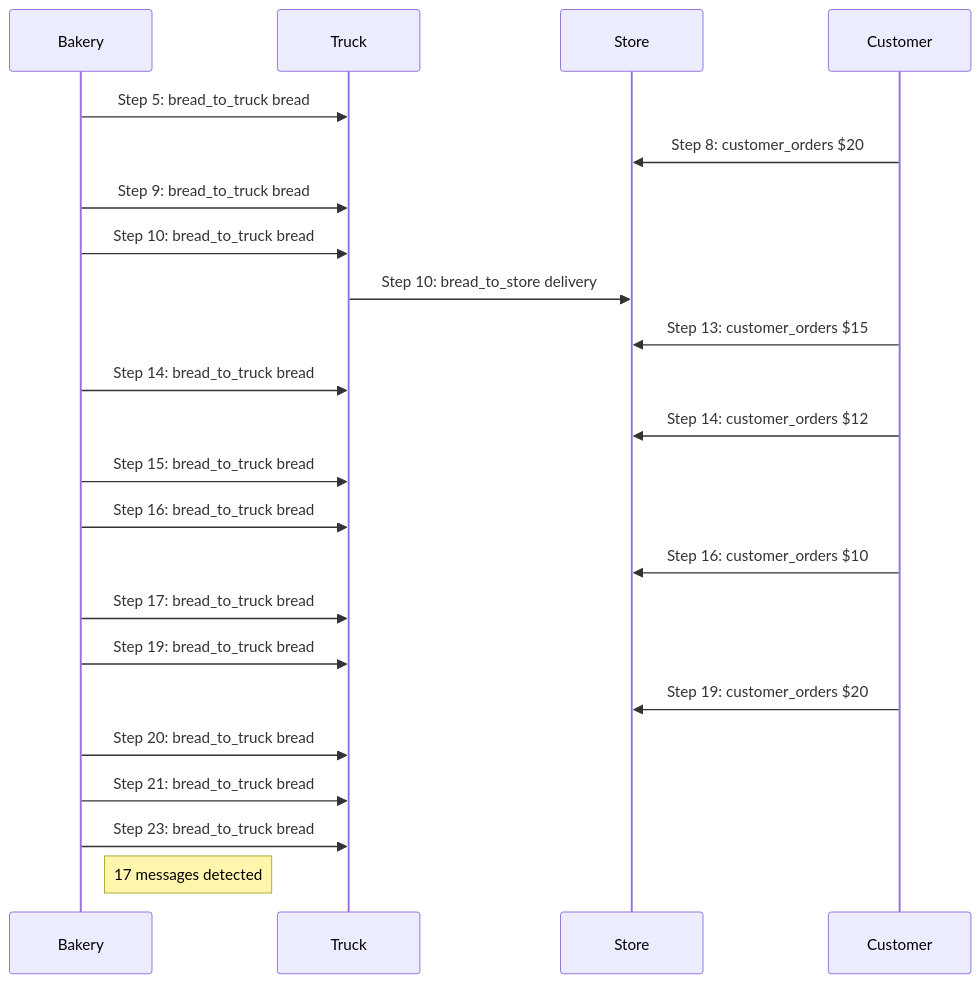
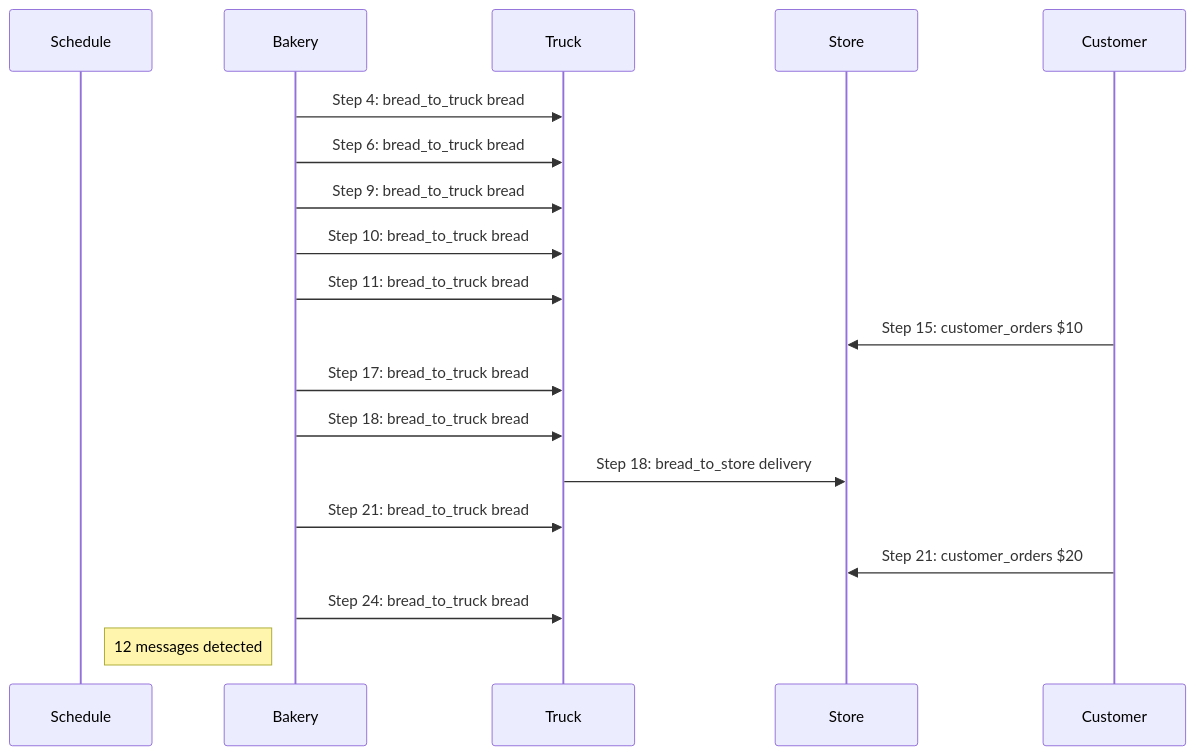
One commit to rfielding/ctl changed the second of 3 diagrams in z3/run.md. Above: the diagram before and after it, drawn with Mermaid. The commit also changed other lines of this file and 6 other files, not shown here.

````diff
--- a/z3/run.md
+++ b/z3/run.md
@@ -408,26 +455,22 @@
 ```mermaid
 sequenceDiagram
+    participant Schedule
     participant Bakery
     participant Truck
     participant Store
     participant Customer
 
-    Bakery->>Truck: Step 5: bread_to_truck bread
-    Customer->>Store: Step 8: customer_orders $20
+    Bakery->>Truck: Step 4: bread_to_truck bread
+    Bakery->>Truck: Step 6: bread_to_truck bread
     Bakery->>Truck: Step 9: bread_to_truck bread
     Bakery->>Truck: Step 10: bread_to_truck bread
-    Truck->>Store: Step 10: bread_to_store delivery
-    Customer->>Store: Step 13: customer_orders $15
-    Bakery->>Truck: Step 14: bread_to_truck bread
-    Customer->>Store: Step 14: customer_orders $12
-    Bakery->>Truck: Step 15: bread_to_truck bread
-    Bakery->>Truck: Step 16: bread_to_truck bread
-    Customer->>Store: Step 16: customer_orders $10
+    Bakery->>Truck: Step 11: bread_to_truck bread
+    Customer->>Store: Step 15: customer_orders $10
     Bakery->>Truck: Step 17: bread_to_truck bread
-    Bakery->>Truck: Step 19: bread_to_truck bread
-    Customer->>Store: Step 19: customer_orders $20
-    Bakery->>Truck: Step 20: bread_to_truck bread
+    Bakery->>Truck: Step 18: bread_to_truck bread
+    Truck->>Store: Step 18: bread_to_store delivery
     Bakery->>Truck: Step 21: bread_to_truck bread
-    Bakery->>Truck: Step 23: bread_to_truck bread
-    Note right of Bakery: 17 messages detected
+    Customer->>Store: Step 21: customer_orders $20
+    Bakery->>Truck: Step 24: bread_to_truck bread
+    Note right of Schedule: 12 messages detected
 ```
````
